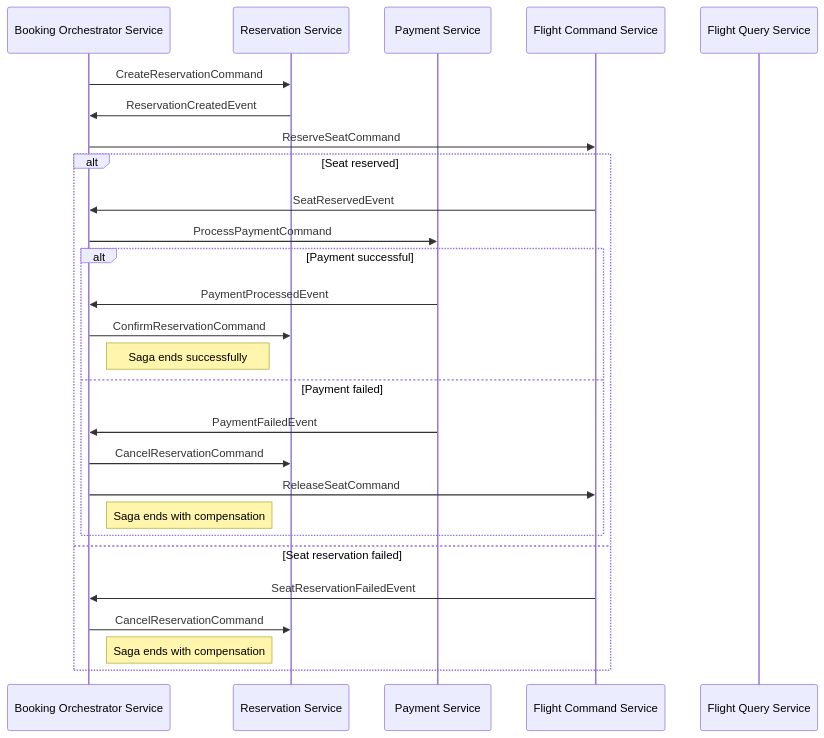
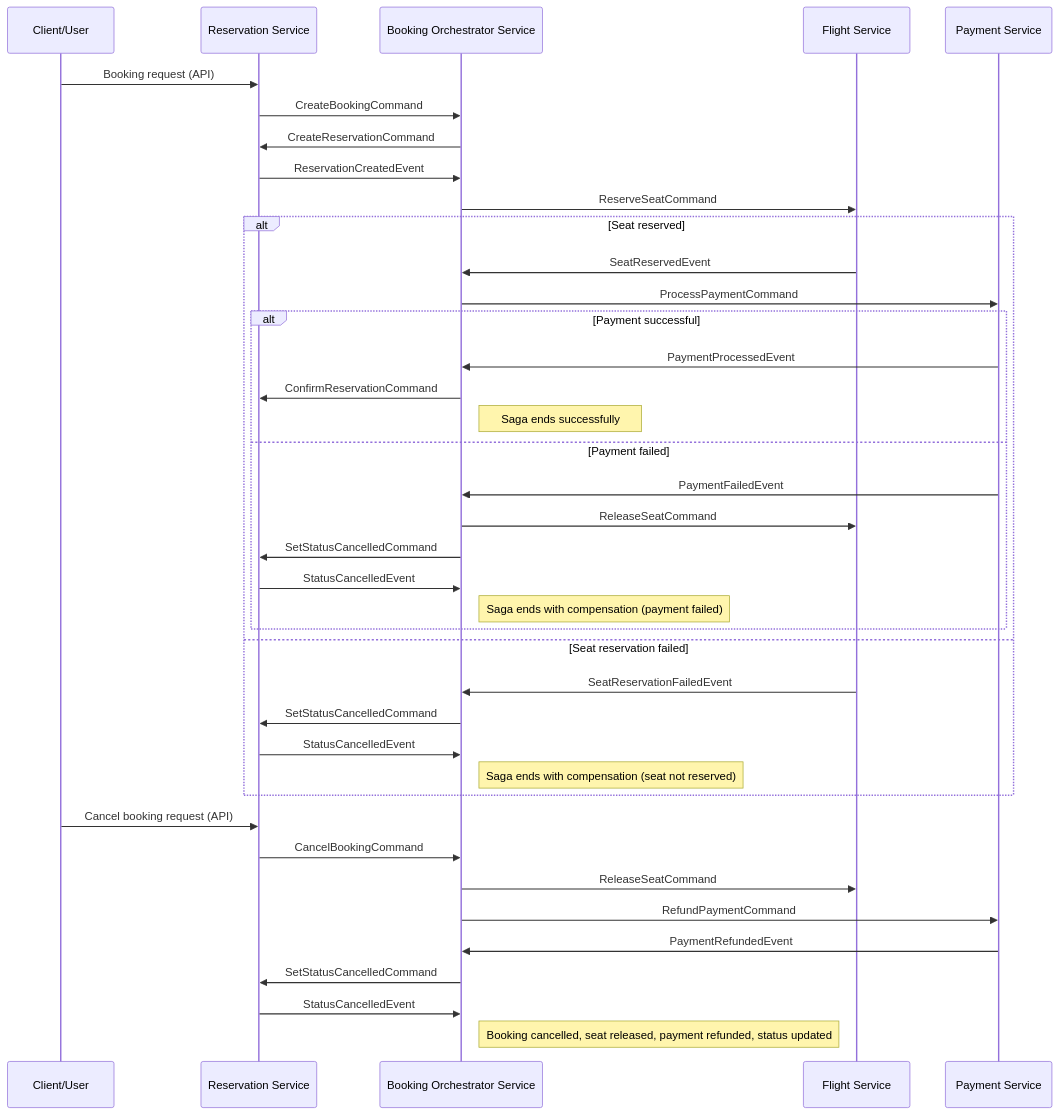
One commit to vstebletsov89/spring-boot-microservices-saga changed the diagram in saga.mmd. Above: the diagram before and after it, drawn with Mermaid.

```diff
--- a/saga.mmd
+++ b/saga.mmd
@@ -1,31 +1,46 @@
 sequenceDiagram
+    participant UI as Client/User
+    participant RS as Reservation Service
     participant BOS as Booking Orchestrator Service
-    participant RS as Reservation Service
+    participant FCS as Flight Service
     participant PS as Payment Service
-    participant FCS as Flight Command Service
-    participant FQS as Flight Query Service
 
+%% Main booking flow
+    UI->>RS: Booking request (API)
+    RS->>BOS: CreateBookingCommand
     BOS->>RS: CreateReservationCommand
     RS->>BOS: ReservationCreatedEvent
 
     BOS->>FCS: ReserveSeatCommand
     alt Seat reserved
         FCS->>BOS: SeatReservedEvent
         BOS->>PS: ProcessPaymentCommand
 
         alt Payment successful
             PS->>BOS: PaymentProcessedEvent
             BOS->>RS: ConfirmReservationCommand
             Note right of BOS: Saga ends successfully
         else Payment failed
             PS->>BOS: PaymentFailedEvent
-            BOS->>RS: CancelReservationCommand
             BOS->>FCS: ReleaseSeatCommand
-            Note right of BOS: Saga ends with compensation
+            BOS->>RS: SetStatusCancelledCommand
+            RS->>BOS: StatusCancelledEvent
+            Note right of BOS: Saga ends with compensation (payment failed)
         end
 
     else Seat reservation failed
         FCS->>BOS: SeatReservationFailedEvent
-        BOS->>RS: CancelReservationCommand
-        Note right of BOS: Saga ends with compensation
+        BOS->>RS: SetStatusCancelledCommand
+        RS->>BOS: StatusCancelledEvent
+        Note right of BOS: Saga ends with compensation (seat not reserved)
     end
+
+%% Booking cancellation by user
+    UI->>RS: Cancel booking request (API)
+    RS->>BOS: CancelBookingCommand
+    BOS->>FCS: ReleaseSeatCommand
+    BOS->>PS: RefundPaymentCommand
+    PS->>BOS: PaymentRefundedEvent
+    BOS->>RS: SetStatusCancelledCommand
+    RS->>BOS: StatusCancelledEvent
+    Note right of BOS: Booking cancelled, seat released, payment refunded, status updated
```
